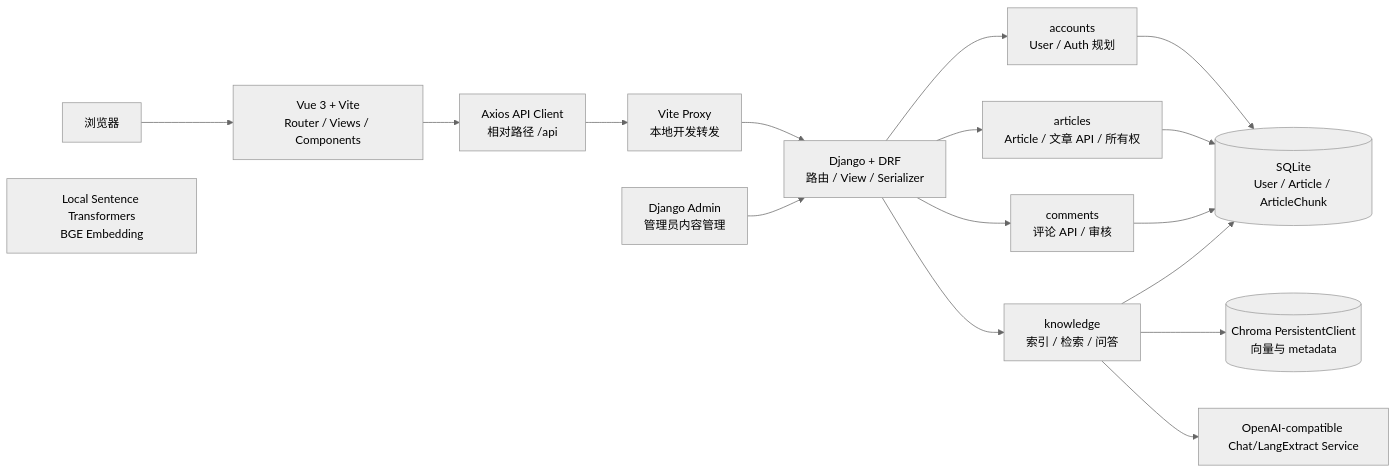
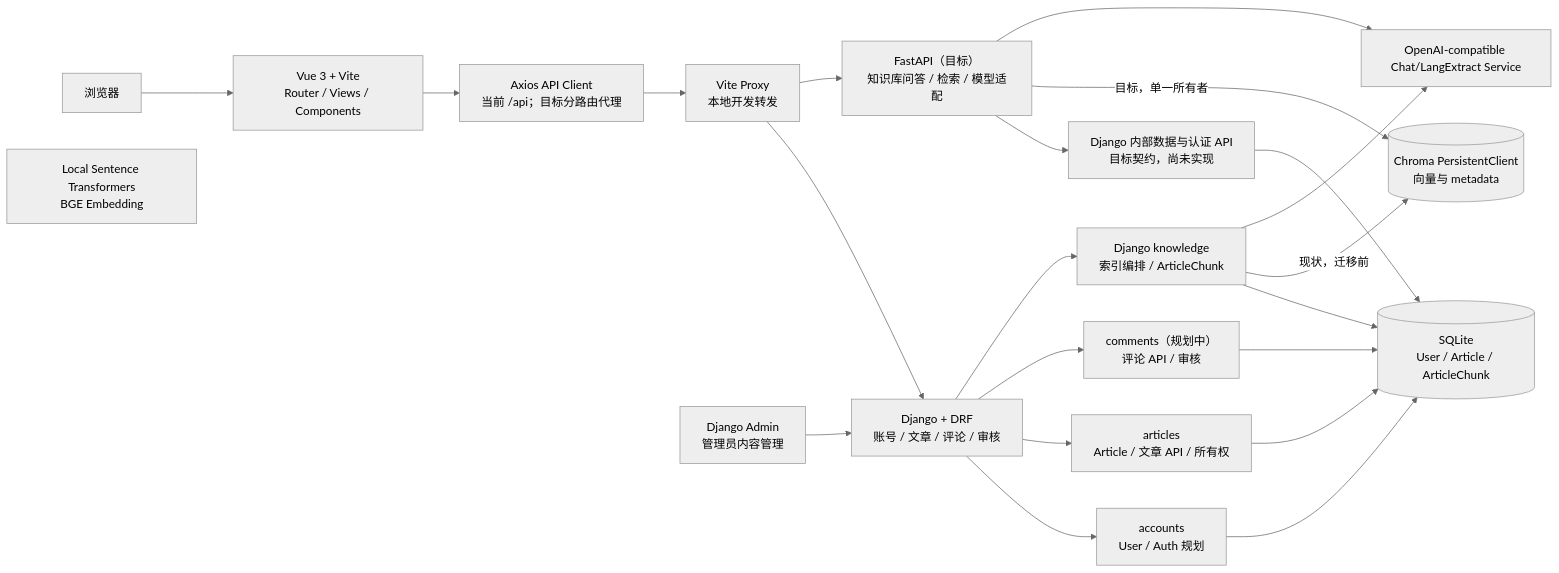
The first of 5 diagrams in docs/development-specification.md (qianshuibingyu/blog), drawn with Mermaid (neutral theme) before and after one commit. The commit also changed other lines of this file and 13124 other files, not shown here.

````diff
--- a/docs/development-specification.md
+++ b/docs/development-specification.md
@@ -83,33 +83,40 @@
 ```mermaid
 flowchart LR
     Browser["浏览器"]
     Vue["Vue 3 + Vite<br/>Router / Views / Components"]
-    Axios["Axios API Client<br/>相对路径 /api"]
+    Axios["Axios API Client<br/>当前 /api；目标分路由代理"]
     Proxy["Vite Proxy<br/>本地开发转发"]
-    Django["Django + DRF<br/>路由 / View / Serializer"]
+    Django["Django + DRF<br/>账号 / 文章 / 评论 / 审核"]
+    FastAPI["FastAPI（目标）<br/>知识库问答 / 检索 / 模型适配"]
+    InternalAPI["Django 内部数据与认证 API<br/>目标契约，尚未实现"]
     Admin["Django Admin<br/>管理员内容管理"]
     Accounts["accounts<br/>User / Auth 规划"]
     Articles["articles<br/>Article / 文章 API / 所有权"]
-    Comments["comments<br/>评论 API / 审核"]
-    Knowledge["knowledge<br/>索引 / 检索 / 问答"]
+    Comments["comments（规划中）<br/>评论 API / 审核"]
+    Knowledge["Django knowledge<br/>索引编排 / ArticleChunk"]
     SQLite[("SQLite<br/>User / Article / ArticleChunk")]
     Chroma[("Chroma PersistentClient<br/>向量与 metadata")]
     Model["OpenAI-compatible Chat/LangExtract Service"]
     LocalEmbedding["Local Sentence Transformers<br/>BGE Embedding"]
 
     Browser --> Vue
     Vue --> Axios
     Axios --> Proxy
     Proxy --> Django
+    Proxy --> FastAPI
     Admin --> Django
     Django --> Accounts
     Django --> Articles
     Django --> Comments
     Django --> Knowledge
     Accounts --> SQLite
     Articles --> SQLite
     Comments --> SQLite
     Knowledge --> SQLite
-    Knowledge --> Chroma
+    Knowledge -->|"现状，迁移前"| Chroma
     Knowledge --> Model
+    FastAPI --> InternalAPI
+    InternalAPI --> SQLite
+    FastAPI -->|"目标，单一所有者"| Chroma
+    FastAPI --> Model
 ```
````
